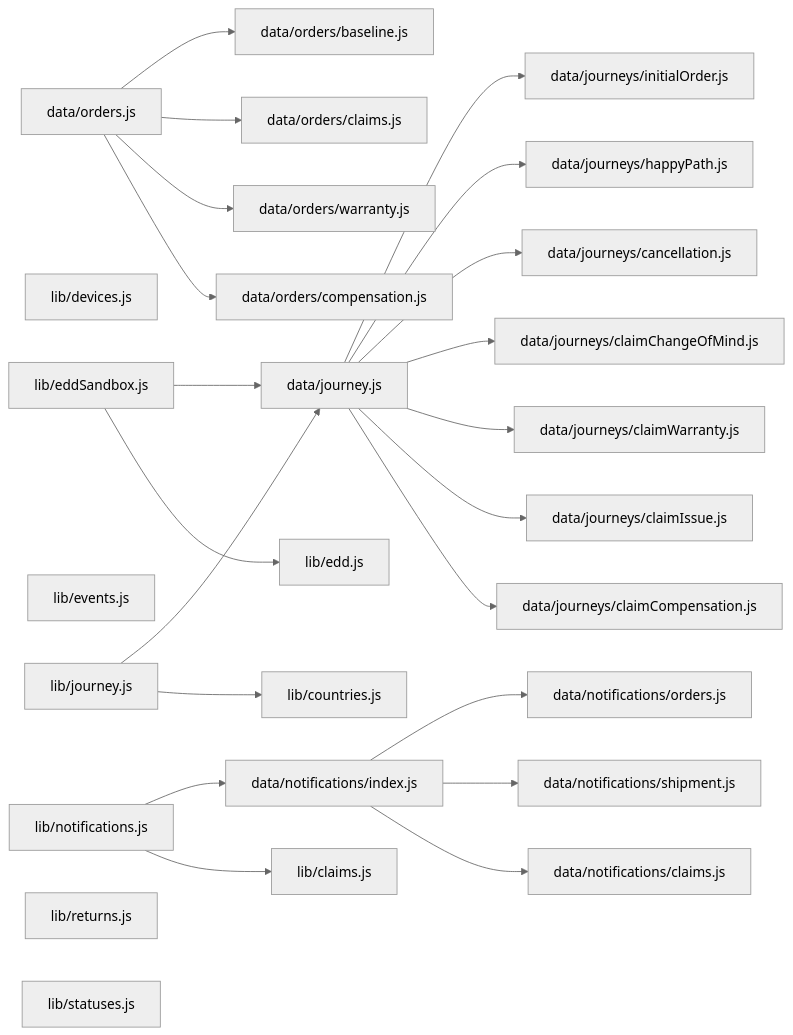
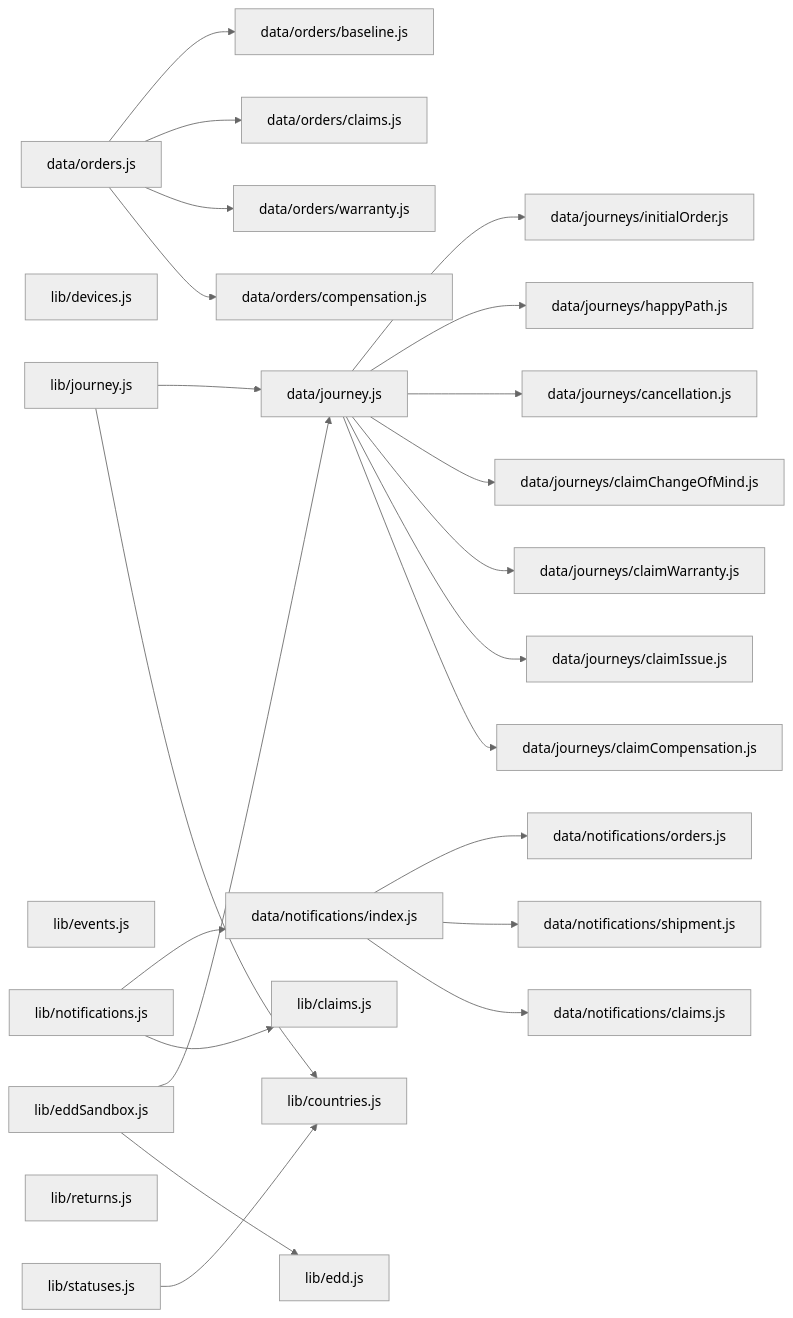
Before and after one commit to andrea-revibe/my-account-redesign-v2: the diagram in docs/code_map.md, drawn with Mermaid (neutral theme). The commit also changed other lines of this file and 12 other files, not shown here.

````diff
--- a/docs/code_map.md
+++ b/docs/code_map.md
@@ -195,50 +195,51 @@
 ```mermaid
 graph LR
   data_journey_js["data/journey.js"]
   data_journeys_cancellation_js["data/journeys/cancellation.js"]
   data_journeys_claimChangeOfMind_js["data/journeys/claimChangeOfMind.js"]
   data_journeys_claimCompensation_js["data/journeys/claimCompensation.js"]
   data_journeys_claimIssue_js["data/journeys/claimIssue.js"]
   data_journeys_claimWarranty_js["data/journeys/claimWarranty.js"]
   data_journeys_happyPath_js["data/journeys/happyPath.js"]
   data_journeys_initialOrder_js["data/journeys/initialOrder.js"]
   data_notifications_claims_js["data/notifications/claims.js"]
   data_notifications_index_js["data/notifications/index.js"]
   data_notifications_orders_js["data/notifications/orders.js"]
   data_notifications_shipment_js["data/notifications/shipment.js"]
   data_orders_js["data/orders.js"]
   data_orders_baseline_js["data/orders/baseline.js"]
   data_orders_claims_js["data/orders/claims.js"]
   data_orders_compensation_js["data/orders/compensation.js"]
   data_orders_warranty_js["data/orders/warranty.js"]
   lib_claims_js["lib/claims.js"]
   lib_countries_js["lib/countries.js"]
   lib_devices_js["lib/devices.js"]
   lib_edd_js["lib/edd.js"]
   lib_eddSandbox_js["lib/eddSandbox.js"]
   lib_events_js["lib/events.js"]
   lib_journey_js["lib/journey.js"]
   lib_notifications_js["lib/notifications.js"]
   lib_returns_js["lib/returns.js"]
   lib_statuses_js["lib/statuses.js"]
   data_journey_js --> data_journeys_initialOrder_js
   data_journey_js --> data_journeys_happyPath_js
   data_journey_js --> data_journeys_cancellation_js
   data_journey_js --> data_journeys_claimChangeOfMind_js
   data_journey_js --> data_journeys_claimWarranty_js
   data_journey_js --> data_journeys_claimIssue_js
   data_journey_js --> data_journeys_claimCompensation_js
   data_notifications_index_js --> data_notifications_orders_js
   data_notifications_index_js --> data_notifications_shipment_js
   data_notifications_index_js --> data_notifications_claims_js
   data_orders_js --> data_orders_baseline_js
   data_orders_js --> data_orders_claims_js
   data_orders_js --> data_orders_warranty_js
   data_orders_js --> data_orders_compensation_js
   lib_eddSandbox_js --> data_journey_js
   lib_eddSandbox_js --> lib_edd_js
   lib_journey_js --> data_journey_js
   lib_journey_js --> lib_countries_js
   lib_notifications_js --> data_notifications_index_js
   lib_notifications_js --> lib_claims_js
+  lib_statuses_js --> lib_countries_js
 ```
````
